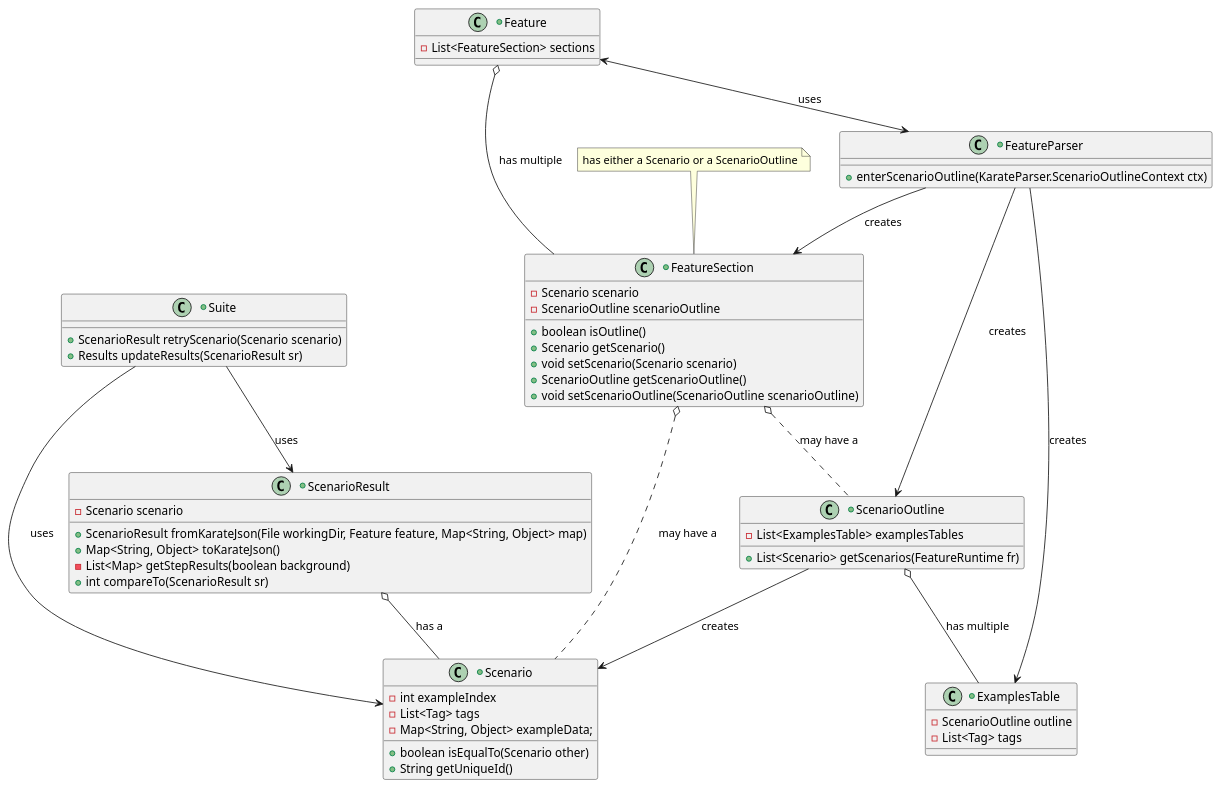
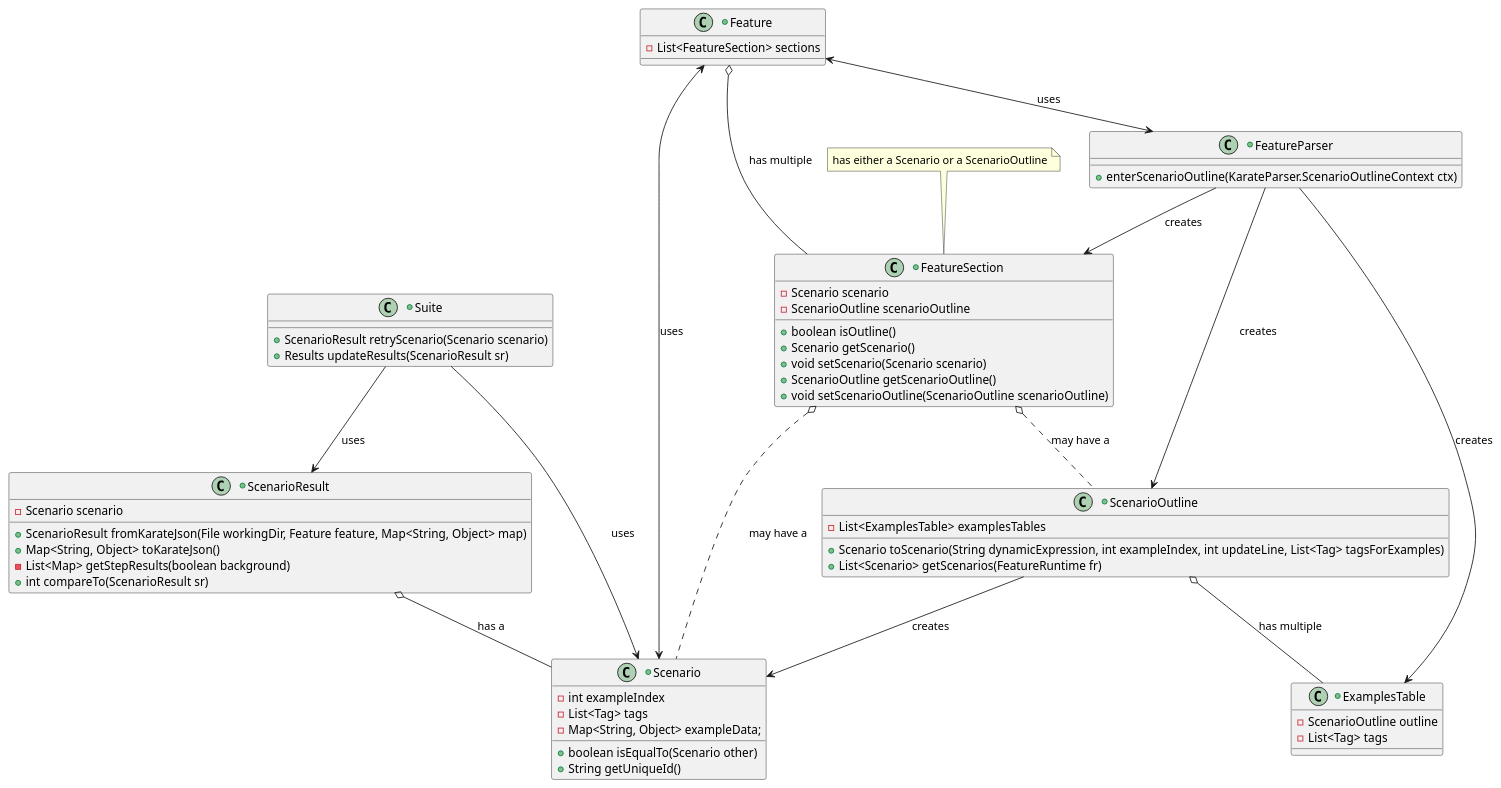
The diagram in assignment/uml/diagram_before.puml (dd2480-group-18-2026/assignment-4-karate), drawn with PlantUML before and after one commit. The commit also changed 1 other file, not shown here.

```diff
--- a/assignment/uml/diagram_before.puml
+++ b/assignment/uml/diagram_before.puml
@@ -1,63 +1,65 @@
 @startuml diagram_before
 skinparam 300 dpi
 +class Suite {
 	+ScenarioResult retryScenario(Scenario scenario)
 	+Results updateResults(ScenarioResult sr)
 }
 +class Feature {
 	-List<FeatureSection> sections
 }
 +class FeatureSection {
 	-Scenario scenario
 	-ScenarioOutline scenarioOutline
 
 	+boolean isOutline()
 	+Scenario getScenario()
 	+void setScenario(Scenario scenario)
 	+ScenarioOutline getScenarioOutline()
 	+void setScenarioOutline(ScenarioOutline scenarioOutline)
 }
 +class FeatureParser {
 	+enterScenarioOutline(KarateParser.ScenarioOutlineContext ctx)
 }
 +class ScenarioOutline {
 	-List<ExamplesTable> examplesTables
 
+	+Scenario toScenario(String dynamicExpression, int exampleIndex, int updateLine, List<Tag> tagsForExamples)
 	+List<Scenario> getScenarios(FeatureRuntime fr)
 }
 +class Scenario {
 	-int exampleIndex
 	-List<Tag> tags
 	-Map<String, Object> exampleData;
 
 	+boolean isEqualTo(Scenario other)
 	+String getUniqueId() 
 }
 +class ExamplesTable {
 	-ScenarioOutline outline
 	-List<Tag> tags
 }
 +class ScenarioResult {
 	-Scenario scenario
 
 	+ScenarioResult fromKarateJson(File workingDir, Feature feature, Map<String, Object> map)
 	+Map<String, Object> toKarateJson()
 	-List<Map> getStepResults(boolean background)
 	+int compareTo(ScenarioResult sr)
 }
 
 note top of FeatureSection : has either a Scenario or a ScenarioOutline
 
 Feature o-- FeatureSection : "has multiple"
 Feature <--> FeatureParser : "uses"
+Feature <--> Scenario : "uses"
 FeatureSection o.. Scenario : "may have a"
 FeatureSection o.. ScenarioOutline : "may have a"
 Suite --> ScenarioResult : "uses"
 Suite --> Scenario : "uses"
 FeatureParser --> ScenarioOutline : "creates"
 FeatureParser --> ExamplesTable : "creates"
 FeatureParser --> FeatureSection : "creates"
 ScenarioOutline --> Scenario : "creates"
 ScenarioOutline o-- ExamplesTable : "has multiple"
 ScenarioResult o-- Scenario : "has a"
 @enduml
```
